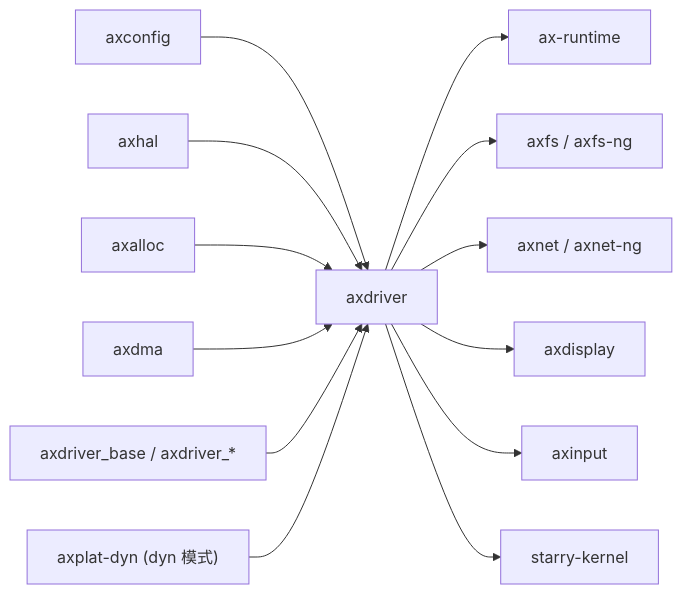
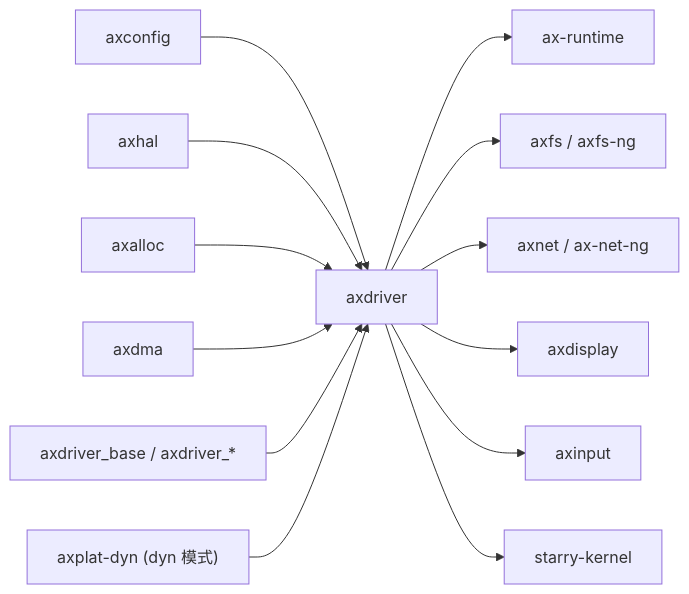
Before and after one commit to zKurisu/tgoskits: the second of 2 diagrams in docs/crates/axdriver.md, drawn with Mermaid. The commit also changed other lines of this file and 32 other files, not shown here.

Commit message:
rename axnet-ng to ax-net-ng

````diff
--- a/docs/crates/axdriver.md
+++ b/docs/crates/axdriver.md
@@ -124,16 +124,16 @@
 ```mermaid
 graph LR
     axconfig["axconfig"] --> axdriver["axdriver"]
     axhal["axhal"] --> axdriver
     axalloc["axalloc"] --> axdriver
     axdma["axdma"] --> axdriver
     axdriver_base["axdriver_base / axdriver_*"] --> axdriver
     axplat_dyn["axplat-dyn (dyn 模式)"] --> axdriver
 
     axdriver --> ax-runtime["ax-runtime"]
     axdriver --> axfs["axfs / axfs-ng"]
-    axdriver --> axnet["axnet / axnet-ng"]
+    axdriver --> axnet["axnet / ax-net-ng"]
     axdriver --> axdisplay["axdisplay"]
     axdriver --> axinput["axinput"]
     axdriver --> starry_kernel["starry-kernel"]
 ```
````
